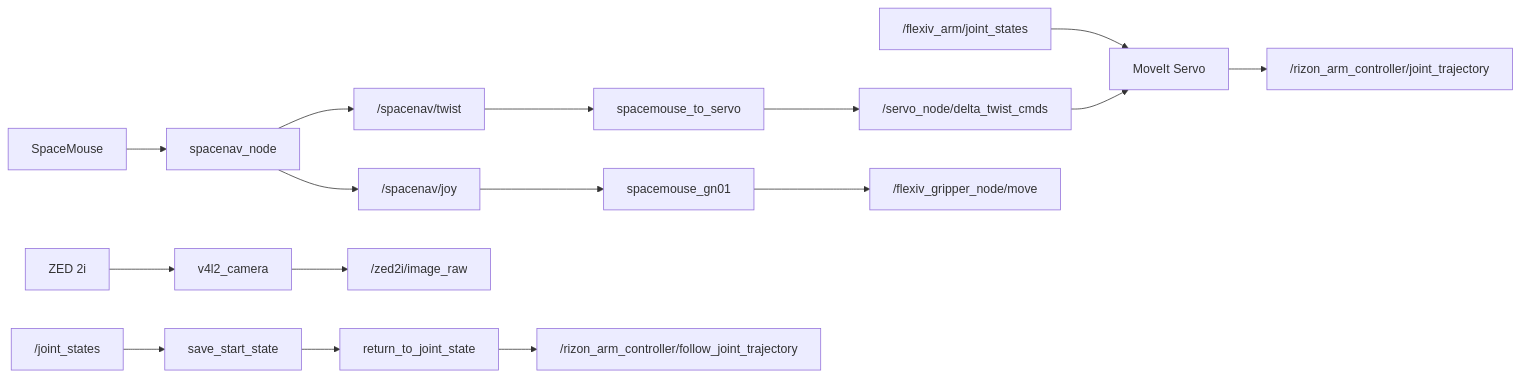
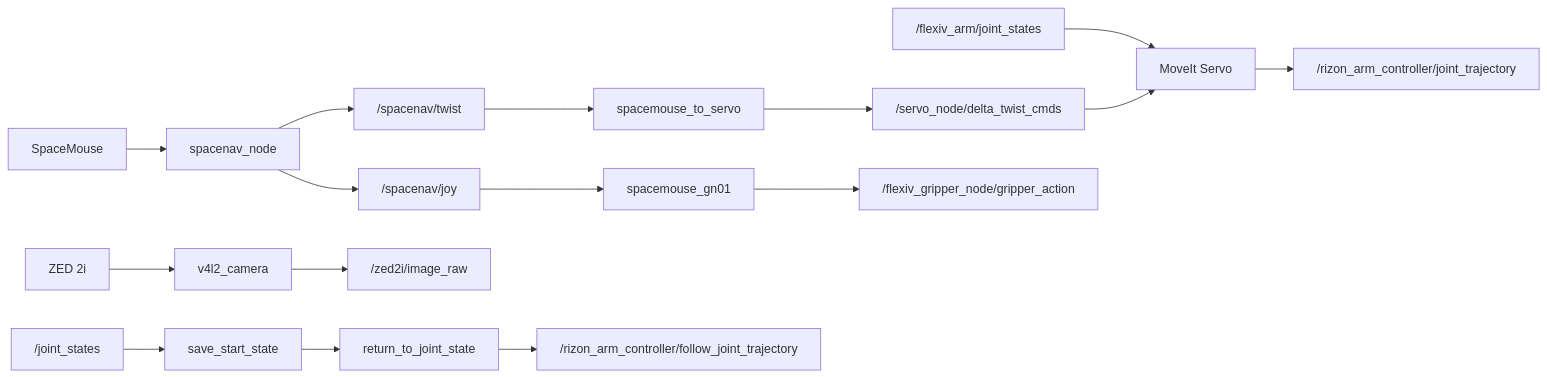
The diagram in README.md (ZihaoLu001/flexiv-spacemouse-teleop), drawn with Mermaid before and after one commit. The commit also changed 2 other files, not shown here.

Commit message:
Use GripperCommand for GN01 bridge

````diff
--- a/README.md
+++ b/README.md
@@ -186,18 +186,18 @@
 ```mermaid
 flowchart LR
   sm["SpaceMouse"] --> spn["spacenav_node"]
   spn --> twist["/spacenav/twist"]
   spn --> joy["/spacenav/joy"]
   twist --> bridge["spacemouse_to_servo"]
   bridge --> servoTopic["/servo_node/delta_twist_cmds"]
   fastState["/flexiv_arm/joint_states"] --> servo
   servoTopic --> servo["MoveIt Servo"]
   servo --> traj["/rizon_arm_controller/joint_trajectory"]
   joy --> grip["spacemouse_gn01"]
-  grip --> action["/flexiv_gripper_node/move"]
+  grip --> action["/flexiv_gripper_node/gripper_action"]
   zed["ZED 2i"] --> cam["v4l2_camera"]
   cam --> image["/zed2i/image_raw"]
   js["/joint_states"] --> save["save_start_state"]
   save --> restore["return_to_joint_state"]
   restore --> controller["/rizon_arm_controller/follow_joint_trajectory"]
 ```
````
